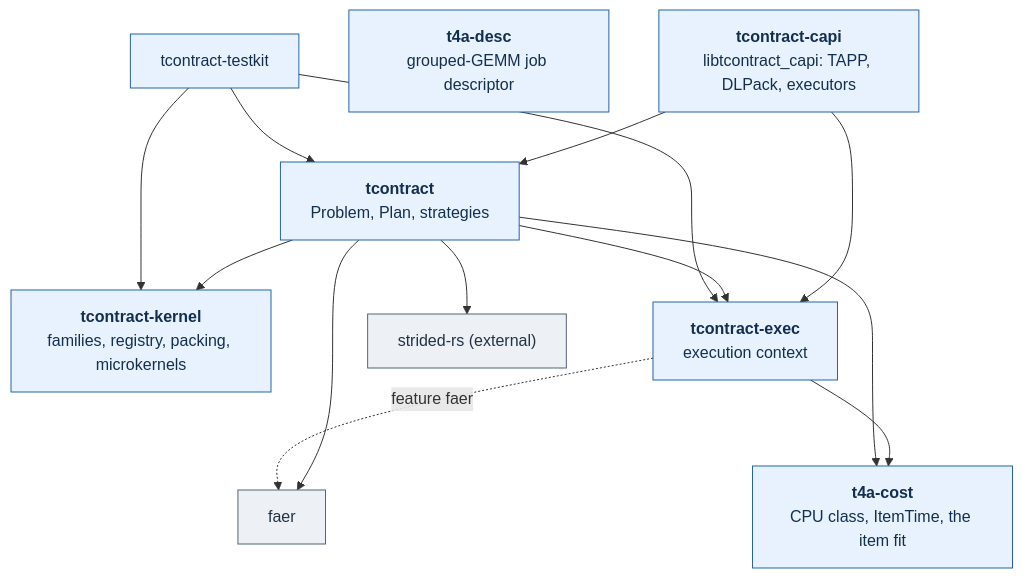
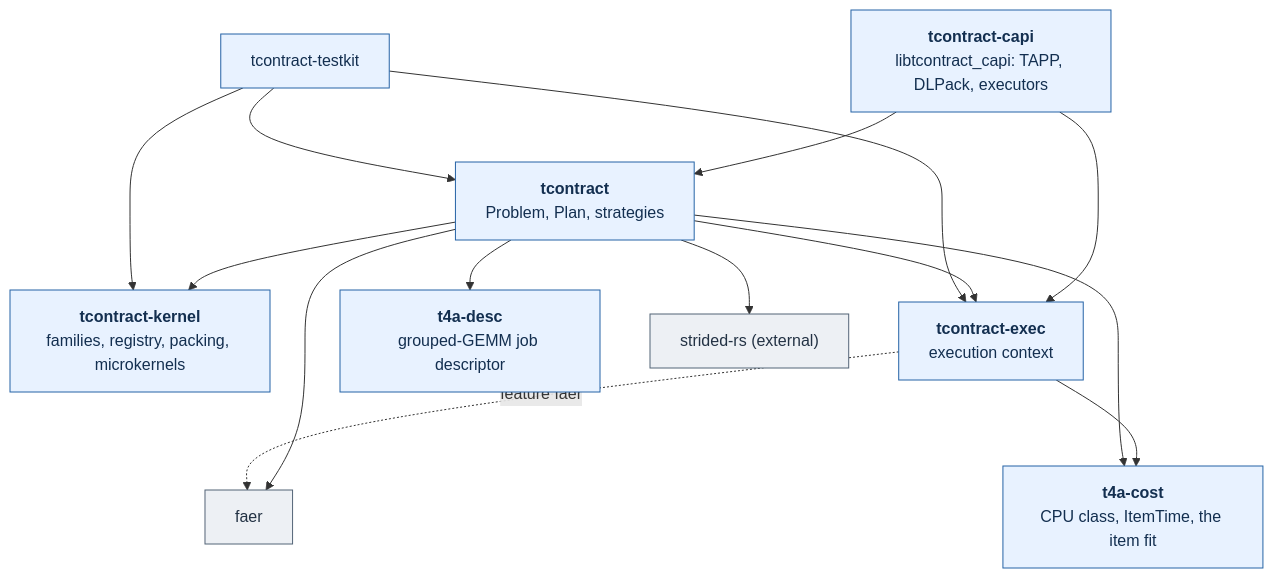
The diagram in README.md (tensor4all/tcontract-rs), drawn with Mermaid before and after one commit. The commit also changed other lines of this file and 21 other files, not shown here.

````diff
--- a/README.md
+++ b/README.md
@@ -53,28 +52,29 @@
 ```mermaid
 flowchart TB
     CAPI["<b>tcontract-capi</b><br/>libtcontract_capi: TAPP, DLPack, executors"]
     CT["<b>tcontract</b><br/>Problem, Plan, strategies"]
     GK["<b>tcontract-kernel</b><br/>families, registry, packing, microkernels"]
     EX["<b>tcontract-exec</b><br/>execution context"]
     COST["<b>t4a-cost</b><br/>CPU class, ItemTime, the item fit"]
     DESC["<b>t4a-desc</b><br/>grouped-GEMM job descriptor"]
     FA["faer"]
     ST["strided-rs (external)"]
     TK["tcontract-testkit"]
     CAPI --> CT
     CAPI --> EX
     CT --> GK
     CT --> EX
     CT --> FA
     EX -. "feature faer" .-> FA
     CT --> ST
     EX --> COST
     CT --> COST
+    CT --> DESC
     TK --> CT
     TK --> GK
     TK --> EX
     classDef own fill:#e8f2ff,stroke:#2563a6,color:#132f50
     classDef ext fill:#edf0f4,stroke:#536477,color:#233244
     class CAPI,CT,GK,EX,TK,COST,DESC own
     class FA,ST ext
 ```
````
